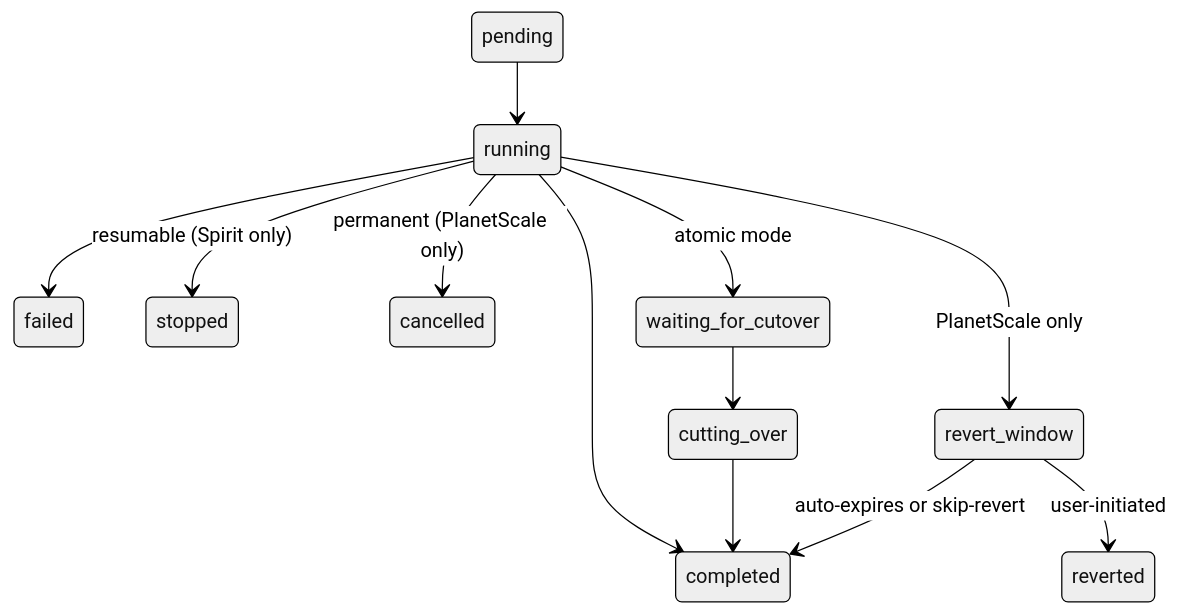
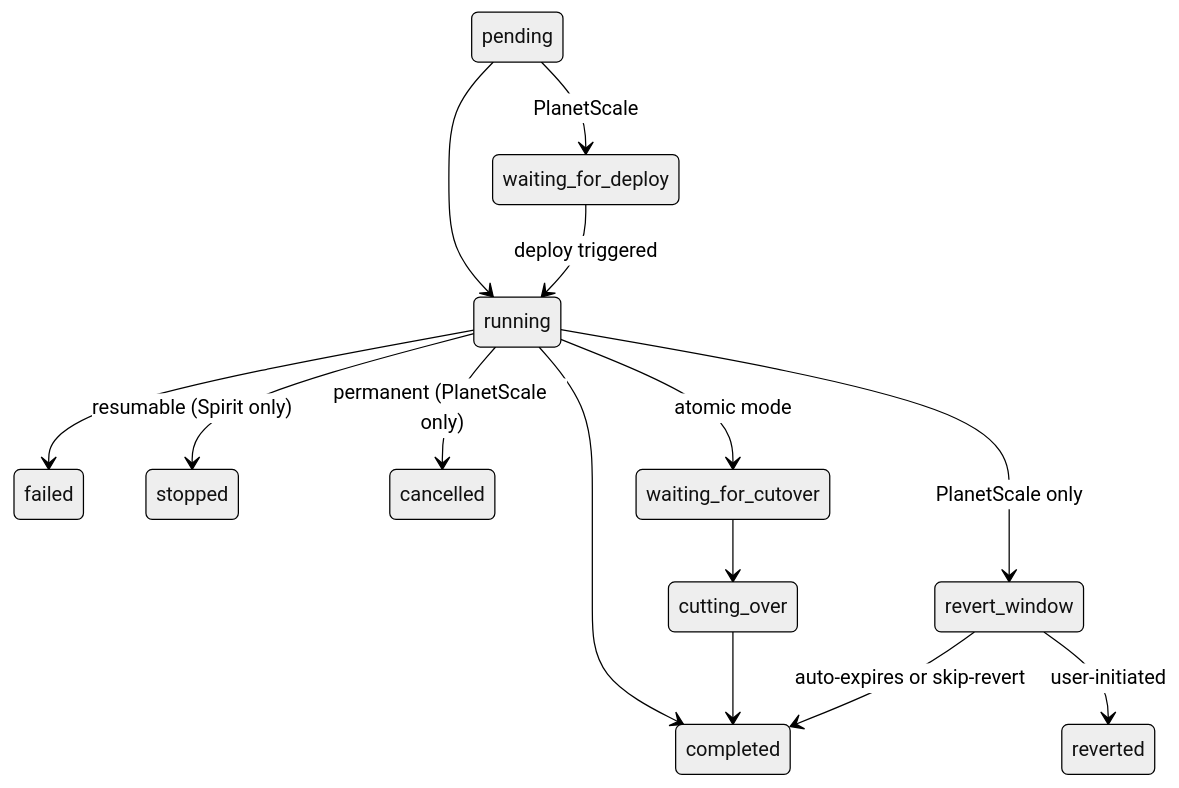
One commit to block/schemabot changed the first of 3 diagrams in pkg/state/README.md. Above: the diagram before and after it, drawn with Mermaid (neutral theme). The commit also changed other lines of this file and 39 other files, not shown here.

First line of the commit message:
feat(vitess): add WaitingForDeploy state with TUI deploy review

````diff
--- a/pkg/state/README.md
+++ b/pkg/state/README.md
@@ -30,16 +31,18 @@
 ```mermaid
 stateDiagram-v2
     pending --> running
+    pending --> waiting_for_deploy : PlanetScale
+    waiting_for_deploy --> running : deploy triggered
     running --> completed
     running --> failed
     running --> stopped : resumable (Spirit only)
     running --> cancelled : permanent (PlanetScale only)
     running --> waiting_for_cutover : atomic mode
     running --> revert_window : PlanetScale only
 
     waiting_for_cutover --> cutting_over
     cutting_over --> completed
 
     revert_window --> completed : auto-expires or skip-revert
     revert_window --> reverted : user-initiated
 ```
````
